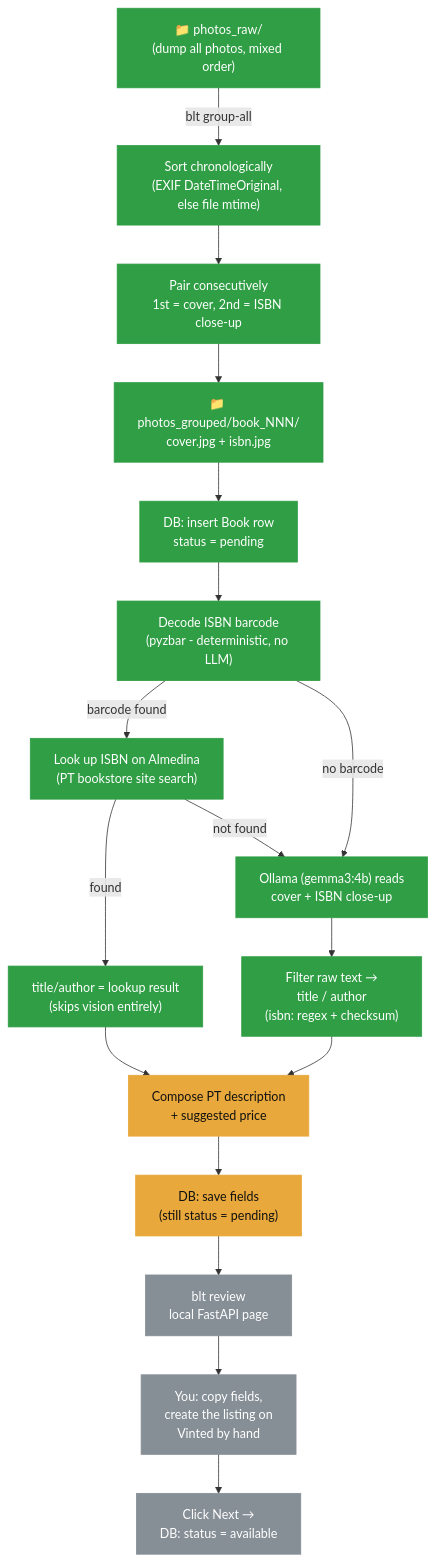
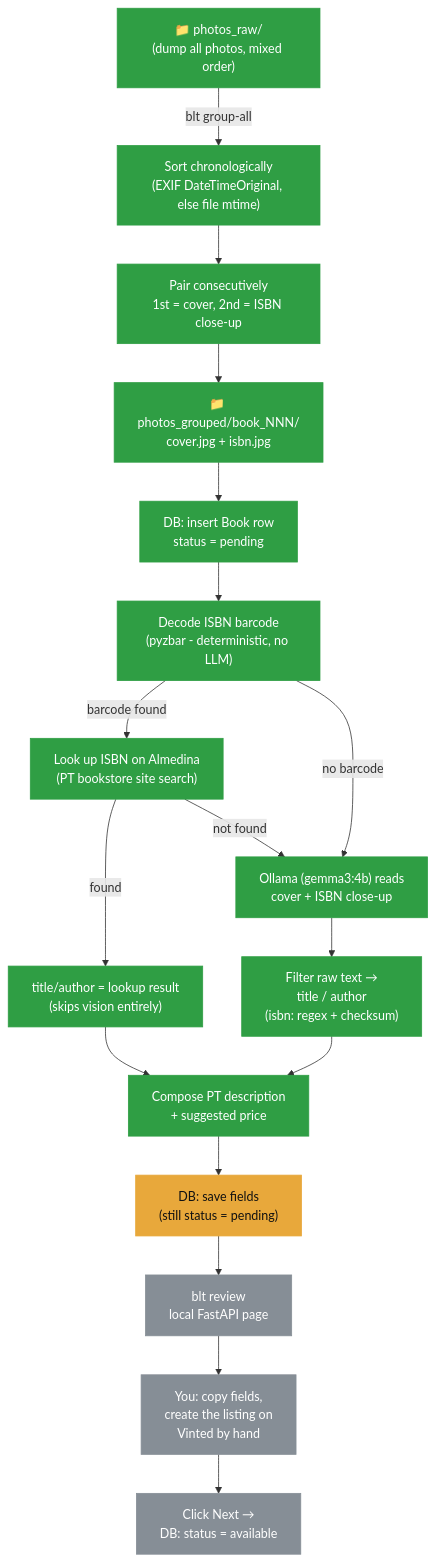
Before and after one commit to gab-es21/book-listing-automation: the diagram in README.md, drawn with Mermaid. The commit also changed other lines of this file and 4 other files, not shown here.

````diff
--- a/README.md
+++ b/README.md
@@ -13,31 +13,30 @@
 ```mermaid
 flowchart TD
     A["📁 photos_raw/\n(dump all photos, mixed order)"] -->|"blt group-all"| B["Sort chronologically\n(EXIF DateTimeOriginal, else file mtime)"]
     B --> C["Pair consecutively\n1st = cover, 2nd = ISBN close-up"]
     C --> D["📁 photos_grouped/book_NNN/\ncover.jpg + isbn.jpg"]
     D --> E["DB: insert Book row\nstatus = pending"]
 
     E --> F["Decode ISBN barcode\n(pyzbar - deterministic, no LLM)"]
     F -->|"barcode found"| G["Look up ISBN on Almedina\n(PT bookstore site search)"]
     G -->|"found"| H1["title/author = lookup result\n(skips vision entirely)"]
     G -->|"not found"| F2
     F -->|"no barcode"| F2["Ollama (gemma3:4b) reads\ncover + ISBN close-up"]
     F2 --> G2["Filter raw text →\ntitle / author\n(isbn: regex + checksum)"]
 
     H1 --> I["Compose PT description\n+ suggested price"]
     G2 --> I
     I --> J["DB: save fields\n(still status = pending)"]
 
     J --> K["blt review\nlocal FastAPI page"]
     K --> L["You: copy fields,\ncreate the listing on\nVinted by hand"]
     L --> M["Click Next →\nDB: status = available"]
 
-    class A,B,C,D,E,F,G,H1,F2,G2 done
-    class I building
+    class A,B,C,D,E,F,G,H1,F2,G2,I done
     class J building
     class K,L,M todo
 
     classDef done fill:#2f9e44,color:#fff,stroke:#2f9e44
     classDef building fill:#e8a83b,color:#111,stroke:#e8a83b
     classDef todo fill:#868e96,color:#fff,stroke:#868e96
 ```
````
